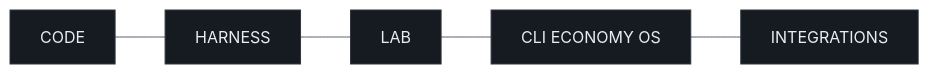
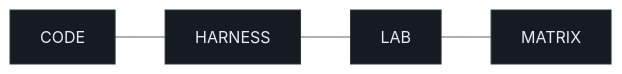
The third of 9 diagrams in docs/HOW-IT-WORKS.md (devclone20/cloneframe_app_executable), drawn with Mermaid before and after one commit. The commit also changed other lines of this file and 3 other files, not shown here.

````diff
--- a/docs/HOW-IT-WORKS.md
+++ b/docs/HOW-IT-WORKS.md
@@ -80,5 +80,5 @@
 ```mermaid
 %%{init: {'theme':'base','themeVariables':{'background':'#0d1117','mainBkg':'#161b22','primaryColor':'#161b22','primaryBorderColor':'#ff3b30','primaryTextColor':'#e6edf3','nodeBorder':'#30363d','nodeTextColor':'#e6edf3','lineColor':'#566070','secondaryColor':'#161b22','tertiaryColor':'#0d1117','clusterBkg':'#10151c','clusterBorder':'#30363d','titleColor':'#e6edf3','edgeLabelBackground':'#0d1117','fontFamily':'ui-monospace, SFMono-Regular, Menlo, monospace','actorBkg':'#161b22','actorBorder':'#ff3b30','actorTextColor':'#e6edf3','signalColor':'#8b949e','signalTextColor':'#c9d1d9','labelBoxBkgColor':'#161b22','labelBoxBorderColor':'#30363d','labelTextColor':'#e6edf3','loopTextColor':'#e6edf3','noteBkgColor':'#1c2028','noteBorderColor':'#e8b86d','noteTextColor':'#c9d1d9','activationBkgColor':'#30363d','activationBorderColor':'#8b949e','sequenceNumberColor':'#0d1117'}}}%%
 flowchart LR
-  CODE["CODE"] --- HARNESS["HARNESS"] --- LAB["LAB"] --- ECON["CLI ECONOMY OS"] --- INT["INTEGRATIONS"]
+  CODE["CODE"] --- HARNESS["HARNESS"] --- LAB["LAB"] --- MX["MATRIX"]
 ```
````
